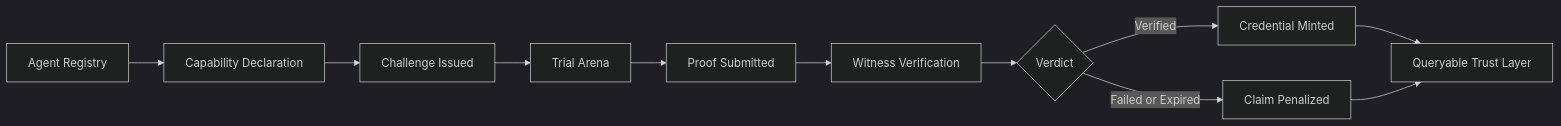
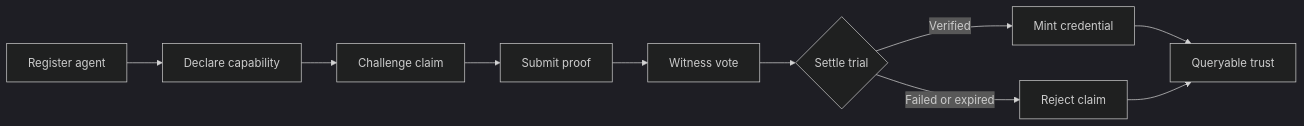
One commit to dexarxbt/VaraNest changed the first of 2 diagrams in README.md. Above: the diagram before and after it, drawn with Mermaid (dark theme). The commit also changed other lines of this file and 43 other files, not shown here.

````diff
--- a/README.md
+++ b/README.md
@@ -43,13 +61,12 @@
 ```mermaid
 flowchart LR
-  A["Agent Registry"] --> B["Capability Declaration"]
-  B --> C["Challenge Issued"]
-  C --> D["Trial Arena"]
-  D --> E["Proof Submitted"]
-  E --> F["Witness Verification"]
-  F --> G{"Verdict"}
-  G -->|Verified| H["Credential Minted"]
-  G -->|Failed or Expired| I["Claim Penalized"]
-  H --> J["Queryable Trust Layer"]
-  I --> J
+  A["Register agent"] --> B["Declare capability"]
+  B --> C["Challenge claim"]
+  C --> D["Submit proof"]
+  D --> E["Witness vote"]
+  E --> F{"Settle trial"}
+  F -->|Verified| G["Mint credential"]
+  F -->|Failed or expired| H["Reject claim"]
+  G --> I["Queryable trust"]
+  H --> I
 ```
````
